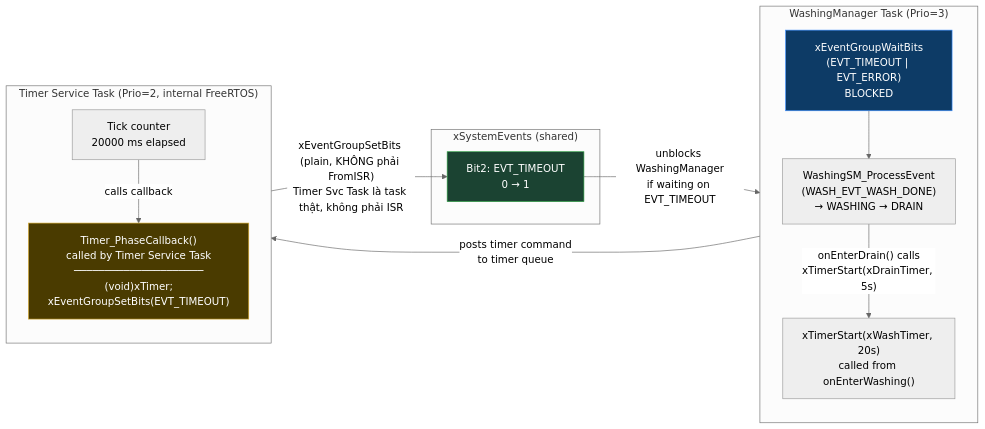
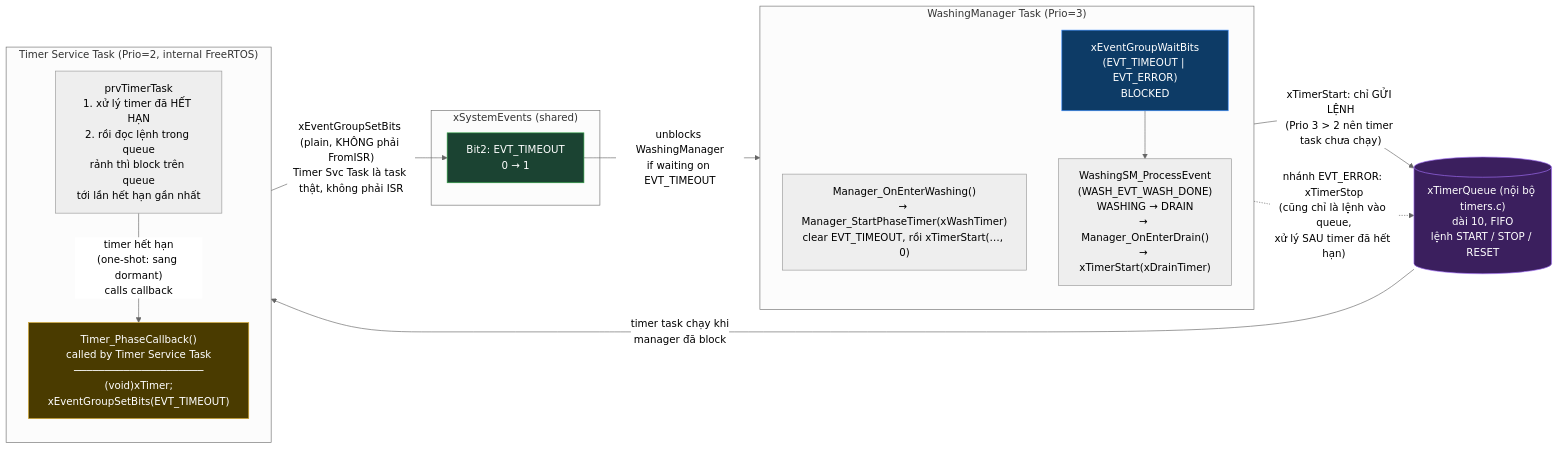
The tenth of 11 diagrams in docs/SYSTEM_DIAGRAMS.md (TTonyVi/Freertos_ST), drawn with Mermaid (neutral theme) before and after one commit. The commit also changed other lines of this file and 9 other files, not shown here.

````diff
--- a/docs/SYSTEM_DIAGRAMS.md
+++ b/docs/SYSTEM_DIAGRAMS.md
@@ -510,30 +510,34 @@
 ```mermaid
 flowchart LR
     subgraph WashMgr["WashingManager Task (Prio=3)"]
         direction TB
-        ENA["xTimerStart(xWashTimer, 20s)\ncalled from onEnterWashing()"]
+        ENA["Manager_OnEnterWashing()\n→ Manager_StartPhaseTimer(xWashTimer)\nclear EVT_TIMEOUT, rồi xTimerStart(…, 0)"]
         WAIT_T["xEventGroupWaitBits\n(EVT_TIMEOUT | EVT_ERROR)\nBLOCKED"]
-        PROC["WashingSM_ProcessEvent\n(WASH_EVT_WASH_DONE)\n→ WASHING → DRAIN"]
+        PROC["WashingSM_ProcessEvent\n(WASH_EVT_WASH_DONE)\nWASHING → DRAIN\n→ Manager_OnEnterDrain()\n→ xTimerStart(xDrainTimer)"]
     end
+
+    TQ[("xTimerQueue (nội bộ timers.c)\ndài 10, FIFO\nlệnh START / STOP / RESET")]
 
     subgraph TimerSvc["Timer Service Task (Prio=2, internal FreeRTOS)"]
         direction TB
-        COUNT["Tick counter\n20000 ms elapsed"]
+        LOOP["prvTimerTask\n1. xử lý timer đã HẾT HẠN\n2. rồi đọc lệnh trong queue\nrảnh thì block trên queue\ntới lần hết hạn gần nhất"]
         CB["Timer_PhaseCallback()\ncalled by Timer Service Task\n─────────────────────\n(void)xTimer;\nxEventGroupSetBits(EVT_TIMEOUT)"]
     end
 
     subgraph EvtGrp["xSystemEvents (shared)"]
         BIT["Bit2: EVT_TIMEOUT\n0 → 1"]
     end
 
-    ENA -->|"posts timer command\nto timer queue"| COUNT
-    COUNT -->|"calls callback"| CB
+    ENA -->|"xTimerStart: chỉ GỬI LỆNH\n(Prio 3 > 2 nên timer task chưa chạy)"| TQ
+    TQ -->|"timer task chạy khi\nmanager đã block"| LOOP
+    LOOP -->|"timer hết hạn\n(one-shot: sang dormant)\ncalls callback"| CB
     CB -->|"xEventGroupSetBits (plain, KHÔNG phải FromISR)\nTimer Svc Task là task thật, không phải ISR"| BIT
     BIT -->|"unblocks WashingManager\nif waiting on EVT_TIMEOUT"| WAIT_T
     WAIT_T --> PROC
-    PROC -->|"onEnterDrain() calls\nxTimerStart(xDrainTimer, 5s)"| ENA
+    PROC -.->|"nhánh EVT_ERROR: xTimerStop\n(cũng chỉ là lệnh vào queue,\nxử lý SAU timer đã hết hạn)"| TQ
 
     style CB fill:#4a3b00,stroke:#d4a72c,color:#ffffff
     style BIT fill:#1b4332,stroke:#2ea043,color:#ffffff
     style WAIT_T fill:#0d3b66,stroke:#388bfd,color:#ffffff
+    style TQ fill:#3b1f5e,stroke:#a371f7,color:#ffffff
 ```
````
